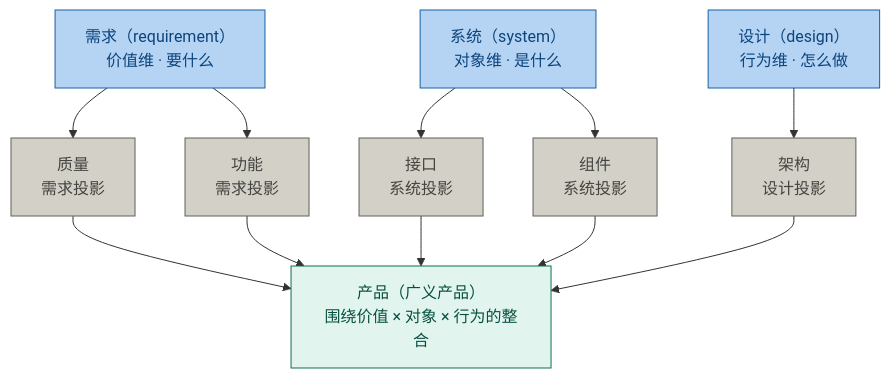
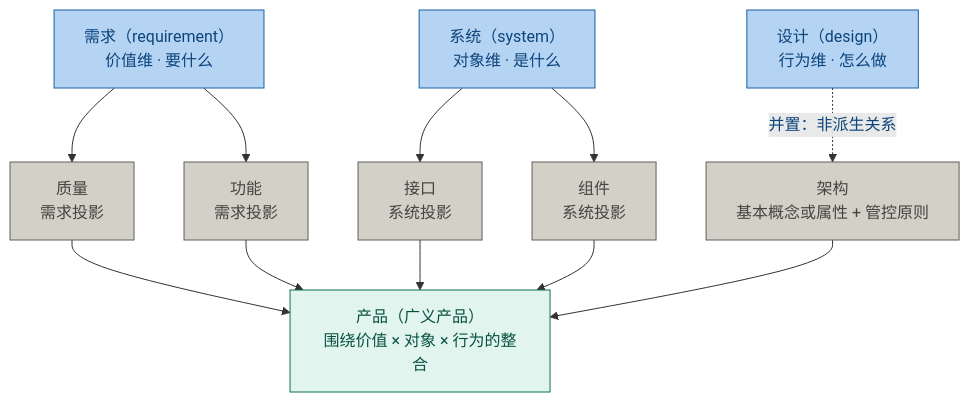
One commit to Yongjunzhou/AOS-system-design changed diagram 14 of 16 in 100-subprojects/01-系统工程研究/00-系统工程相关研究报告/00-概念学习方法论研究报告-从压缩学习到知识掌握.md. Above: the diagram before and after it, drawn with Mermaid. The commit also changed other lines of this file and 177 other files, not shown here.

````diff
--- a/100-subprojects/01-系统工程研究/00-系统工程相关研究报告/00-概念学习方法论研究报告-从压缩学习到知识掌握.md
+++ b/100-subprojects/01-系统工程研究/00-系统工程相关研究报告/00-概念学习方法论研究报告-从压缩学习到知识掌握.md
@@ -649,22 +650,22 @@
 ```mermaid
 flowchart TD
     R["需求（requirement）<br/>价值维 · 要什么"]
     S["系统（system）<br/>对象维 · 是什么"]
     D["设计（design）<br/>行为维 · 怎么做"]
     R --> Q["质量<br/>需求投影"]
     R --> FN["功能<br/>需求投影"]
     S --> IF["接口<br/>系统投影"]
     S --> CP["组件<br/>系统投影"]
-    D --> AR["架构<br/>设计投影"]
+    D -.->|"并置：非派生关系"| AR["架构<br/>基本概念或属性 + 管控原则"]
     Q --> PR["产品（广义产品）<br/>围绕价值 × 对象 × 行为的整合"]
     FN --> PR
     IF --> PR
     CP --> PR
     AR --> PR
     classDef root fill:#B5D4F4,stroke:#185FA5,color:#0C447C
     classDef proj fill:#D3D1C7,stroke:#5F5E5A,color:#444441
     classDef comp fill:#E1F5EE,stroke:#0F6E56,color:#085041
     class R,S,D root
     class Q,FN,IF,CP,AR proj
     class PR comp
 ```
````
